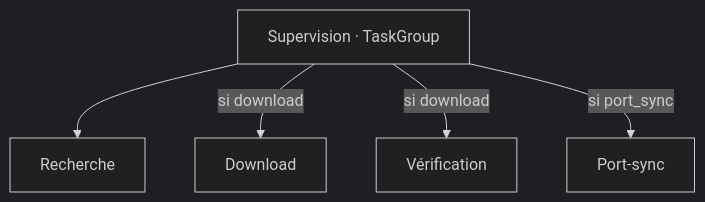
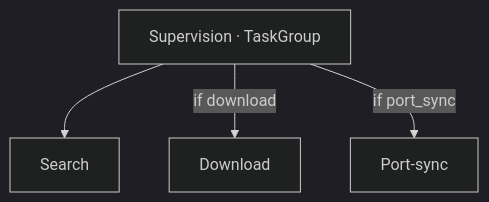
One commit to GeoffreyCoulaud/mulewatch changed the third of 10 diagrams in docs/architecture.md. Above: the diagram before and after it, drawn with Mermaid (dark theme). The commit also changed other lines of this file and 14 other files, not shown here.

````diff
--- a/docs/architecture.md
+++ b/docs/architecture.md
@@ -73,8 +77,7 @@
 ```mermaid
 flowchart TB
   app["Supervision · TaskGroup"]
-  app --> s["Recherche"]
-  app -->|"si download"| d["Download"]
-  app -->|"si download"| v["Vérification"]
-  app -->|"si port_sync"| p["Port-sync"]
+  app --> s["Search"]
+  app -->|"if download"| d["Download"]
+  app -->|"if port_sync"| p["Port-sync"]
 ```
````
